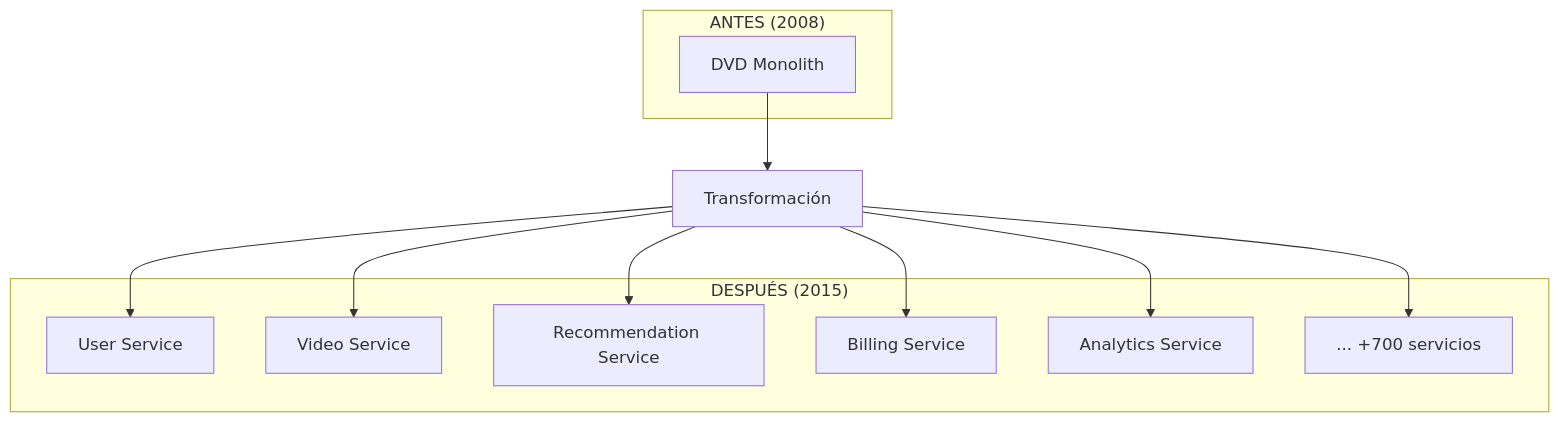
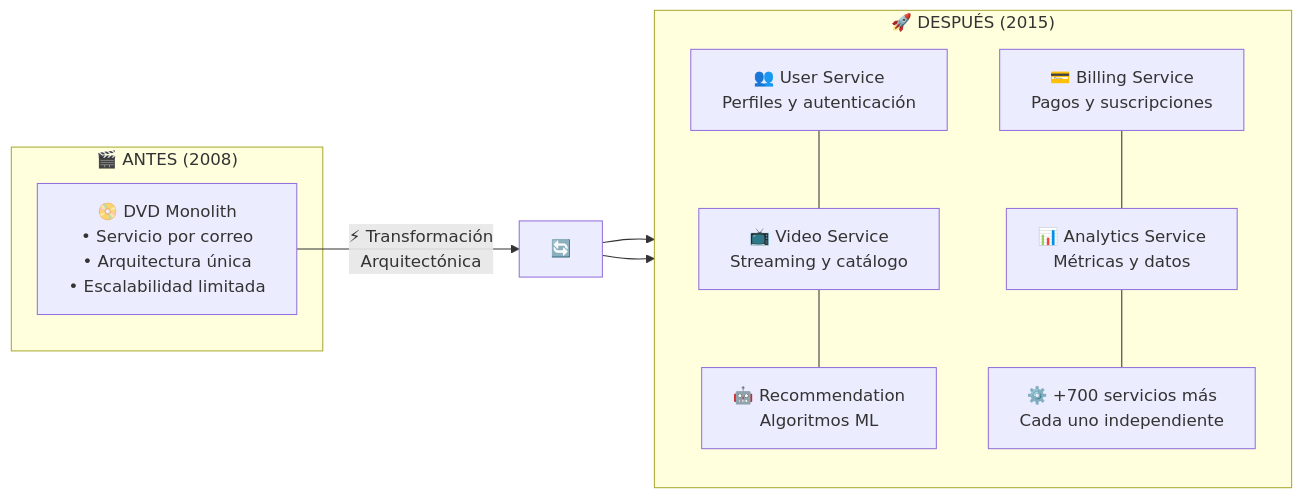
Diagram 12 of 15 in unidad-1-introduccion/01-teoria/README.md (ebrenam/itq-microservicios-contenedores), drawn with Mermaid before and after one commit. The commit also changed other lines of this file, not shown here.

Commit message:
Refactor Unidad 1 README: enhance flowcharts with detailed descriptions, improve team structure explanation, and clarify architectural transformation concepts.

````diff
--- a/unidad-1-introduccion/01-teoria/README.md
+++ b/unidad-1-introduccion/01-teoria/README.md
@@ -333,24 +333,27 @@
 ```mermaid
-flowchart TD
-    subgraph antes ["ANTES (2008)"]
-        M["DVD Monolith"]
+flowchart LR
+    subgraph antes ["🎬 ANTES (2008)"]
+        M["📀 DVD Monolith<br/>• Servicio por correo<br/>• Arquitectura única<br/>• Escalabilidad limitada"]
     end
     
-    M --> T["Transformación"]
+    M -->|"⚡ Transformación<br/>Arquitectónica"| T["🔄"]
     
-    subgraph despues ["DESPUÉS (2015)"]
-        US["User Service"]
-        VS["Video Service"]
-        RS["Recommendation Service"]
-        BS["Billing Service"]
-        AS["Analytics Service"]
-        More["... +700 servicios"]
+    subgraph despues ["🚀 DESPUÉS (2015)"]
+        direction TB
+        US["👥 User Service<br/>Perfiles y autenticación"]
+        VS["📺 Video Service<br/>Streaming y catálogo"]
+        RS["🤖 Recommendation<br/>Algoritmos ML"]
+        
+        BS["💳 Billing Service<br/>Pagos y suscripciones"]
+        AS["📊 Analytics Service<br/>Métricas y datos"]
+        More["⚙️ +700 servicios más<br/>Cada uno independiente"]
+        
+        US --- VS
+        VS --- RS
+        BS --- AS
+        AS --- More
     end
     
     T --> US
-    T --> VS
-    T --> RS
     T --> BS
-    T --> AS
-    T --> More
 ```
````
